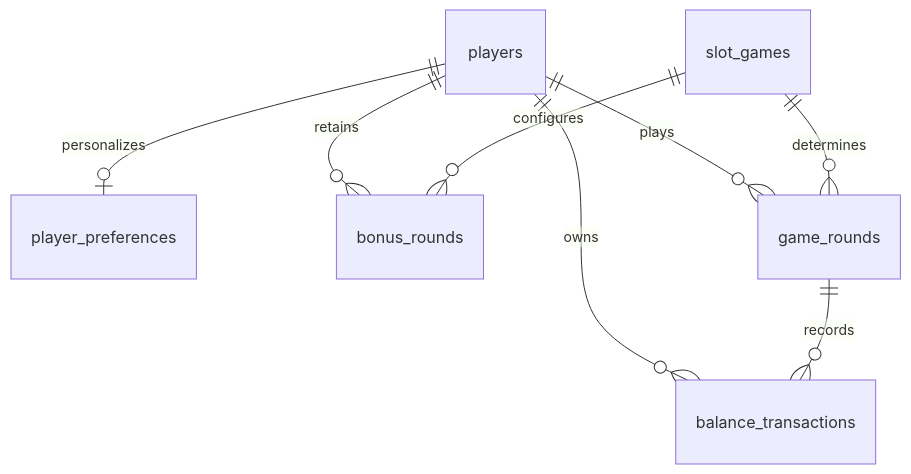
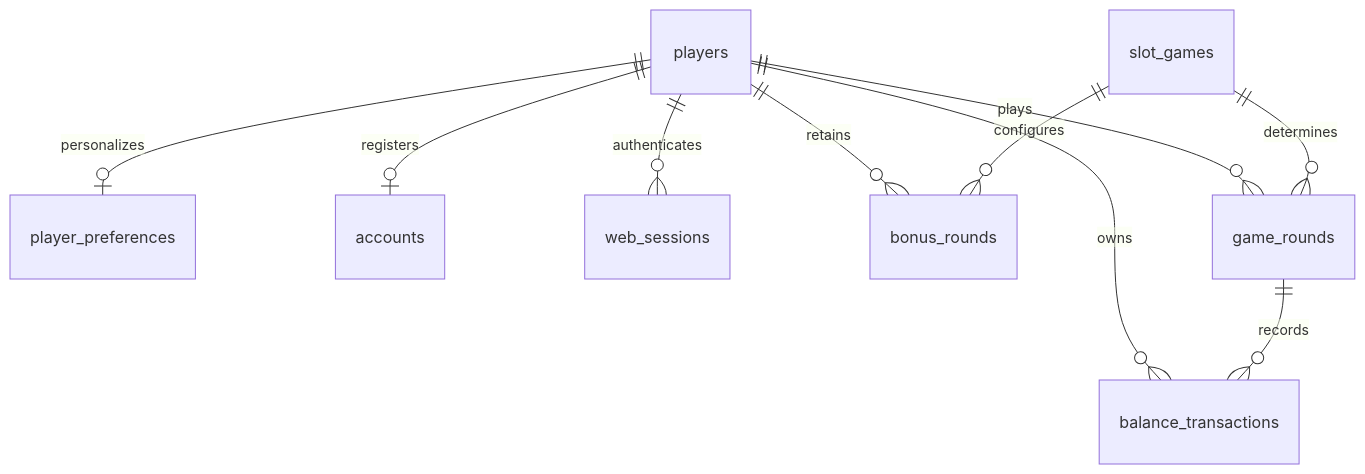
One commit to dashkalikov/neiroslop-database changed the diagram in README.md. Above: the diagram before and after it, drawn with Mermaid. The commit also changed other lines of this file and 1 other file, not shown here.

````diff
--- a/README.md
+++ b/README.md
@@ -9,10 +9,12 @@
 ```mermaid
 erDiagram
     players ||--o| player_preferences : personalizes
+    players ||--o| accounts : registers
+    players ||--o{ web_sessions : authenticates
     players ||--o{ bonus_rounds : retains
     slot_games ||--o{ bonus_rounds : configures
     players ||--o{ game_rounds : plays
     slot_games ||--o{ game_rounds : determines
     players ||--o{ balance_transactions : owns
     game_rounds ||--o{ balance_transactions : records
 ```
````
